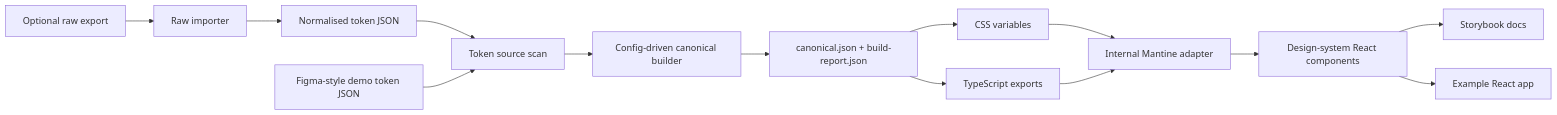
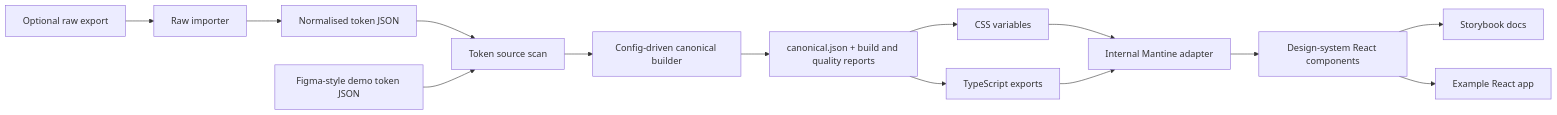
One commit to jaminjadey/design-system changed the diagram in README.md. Above: the diagram before and after it, drawn with Mermaid. The commit also changed other lines of this file and 23 other files, not shown here.

Commit message:
Add token quality reports

````diff
--- a/README.md
+++ b/README.md
@@ -22,16 +22,16 @@
 ```mermaid
 flowchart LR
   A[Optional raw export] --> B[Raw importer]
   B --> C[Normalised token JSON]
   C --> D[Token source scan]
   E[Figma-style demo token JSON] --> D
   D --> F[Config-driven canonical builder]
-  F --> G[canonical.json + build-report.json]
+  F --> G[canonical.json + build and quality reports]
   G --> H[CSS variables]
   G --> I[TypeScript exports]
   H --> J[Internal Mantine adapter]
   I --> J
   J --> K[Design-system React components]
   K --> L[Storybook docs]
   K --> M[Example React app]
 ```
````
